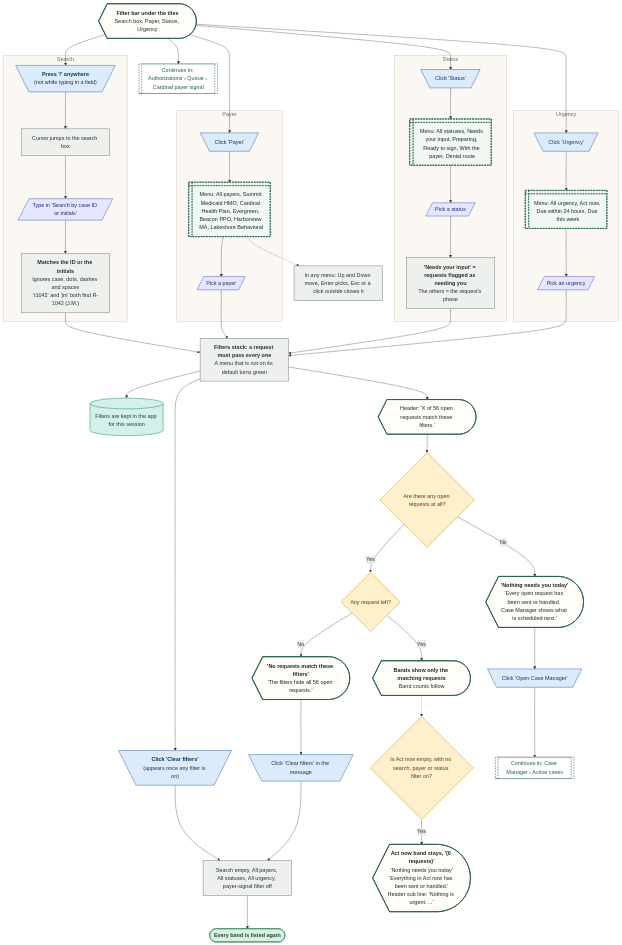
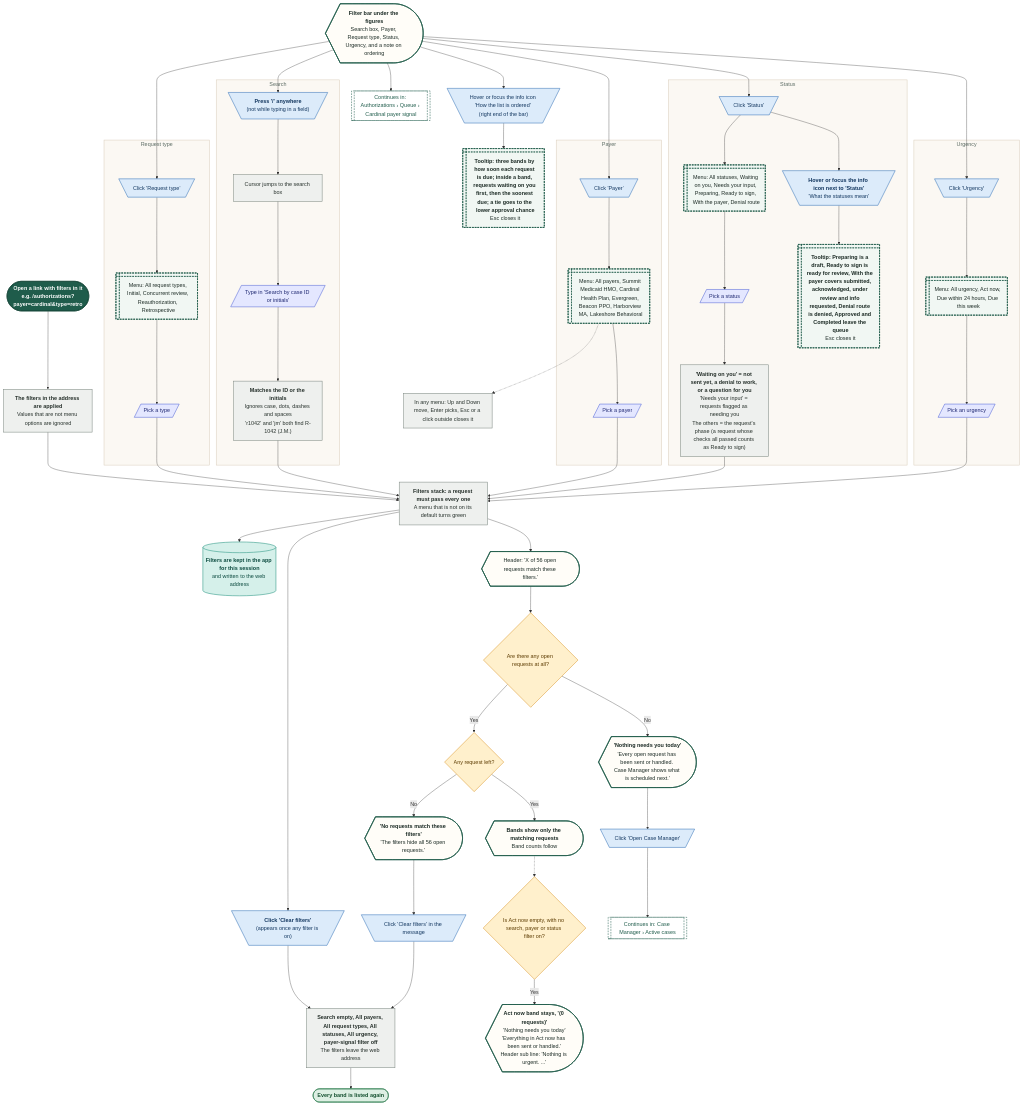
The fourth of 30 diagrams in demos/prior-auth-demo/workflows/out/md/03-authorizations.md (Shrav143/psyfloapp), drawn with Mermaid before and after one commit. The commit also changed other lines of this file and 192 other files, not shown here.

First line of the commit message:
docs: changelog by sidebar tab; README, diagrams and Settings layout aligned with the refinement; shared InfoTip; referral cost-share line

````diff
--- a/demos/prior-auth-demo/workflows/out/md/03-authorizations.md
+++ b/demos/prior-auth-demo/workflows/out/md/03-authorizations.md
@@ -279,7 +294,7 @@
   classDef k_wait fill:#E4E8EE,stroke:#6B7C93,color:#26303D,stroke-width:1.5px
   classDef k_toast fill:#FFF9DB,stroke:#C9A400,color:#5A4A00,stroke-width:1.5px
   classDef k_goto fill:#FFFFFF,stroke:#1F5C4B,color:#1F5C4B,stroke-width:1.5px,stroke-dasharray:5 3
-  fb@{ shape: curv-trap, label: "<b>Filter bar under the tiles</b><br/>Search box, Payer, Status, Urgency" }
+  fb@{ shape: curv-trap, label: "<b>Filter bar under the figures</b><br/>Search box, Payer, Request type, Status, Urgency, and a note on ordering" }
   subgraph gS ["Search"]
   sk@{ shape: trap-t, label: "<b>Press '/' anywhere</b><br/>(not while typing in a field)" }
   sf@{ shape: rect, label: "Cursor jumps to the search box" }
@@ -291,11 +306,18 @@
   p2@{ shape: win-pane, label: "Menu: All payers, Summit Medicaid HMO, Cardinal Health Plan, Evergreen, Beacon PPO, Harborview MA, Lakeshore Behavioral" }
   p3@{ shape: lean-r, label: "Pick a payer" }
   end
+  subgraph gQ ["Request type"]
+  ty1@{ shape: trap-t, label: "Click 'Request type'" }
+  ty2@{ shape: win-pane, label: "Menu: All request types, Initial, Concurrent review, Reauthorization, Retrospective" }
+  ty3@{ shape: lean-r, label: "Pick a type" }
+  end
   subgraph gT ["Status"]
   st1@{ shape: trap-t, label: "Click 'Status'" }
-  st2@{ shape: win-pane, label: "Menu: All statuses, Needs your input, Preparing, Ready to sign, With the payer, Denial route" }
+  st2@{ shape: win-pane, label: "Menu: All statuses, Waiting on you, Needs your input, Preparing, Ready to sign, With the payer, Denial route" }
   st3@{ shape: lean-r, label: "Pick a status" }
-  st4@{ shape: rect, label: "<b>'Needs your input' = requests flagged as needing you</b><br/>The others = the request's phase" }
+  st4@{ shape: rect, label: "<b>'Waiting on you' = not sent yet, a denial to work, or a question for you</b><br/>'Needs your input' = requests flagged as needing you<br/>The others = the request's phase (a request whose checks all passed counts as Ready to sign)" }
+  sh@{ shape: trap-t, label: "<b>Hover or focus the info icon next to 'Status'</b><br/>'What the statuses mean'" }
+  sh2@{ shape: win-pane, label: "<b>Tooltip: Preparing is a draft, Ready to sign is ready for review, With the payer covers submitted, acknowledged, under review and info requested, Denial route is denied, Approved and Completed leave the queue</b><br/>Esc closes it" }
   end
   subgraph gU ["Urgency"]
   u1@{ shape: trap-t, label: "Click 'Urgency'" }
@@ -303,15 +325,19 @@
   u3@{ shape: lean-r, label: "Pick an urgency" }
   end
   kb@{ shape: rect, label: "In any menu: Up and Down move, Enter picks, Esc or a click outside closes it" }
+  ot@{ shape: trap-t, label: "Hover or focus the info icon 'How the list is ordered' (right end of the bar)" }
+  ot2@{ shape: win-pane, label: "<b>Tooltip: three bands by how soon each request is due; inside a band, requests waiting on you first, then the soonest due; a tie goes to the lower approval chance</b><br/>Esc closes it" }
   ap@{ shape: rect, label: "<b>Filters stack: a request must pass every one</b><br/>A menu that is not on its default turns green" }
-  keep@{ shape: cyl, label: "Filters are kept in the app for this session" }
+  keep@{ shape: cyl, label: "<b>Filters are kept in the app for this session</b><br/>and written to the web address" }
+  dl@{ shape: stadium, label: "<b>Open a link with filters in it</b><br/>e.g. /authorizations?payer=cardinal&type=retro" }
+  dl2@{ shape: rect, label: "<b>The filters in the address are applied</b><br/>Values that are not menu options are ignored" }
   hd@{ shape: curv-trap, label: "Header: 'X of 56 open requests match these filters.'" }
   clr@{ shape: trap-t, label: "<b>Click 'Clear filters'</b><br/>(appears once any filter is on)" }
   dAny@{ shape: diam, label: "Any request left?" }
   res@{ shape: curv-trap, label: "<b>Bands show only the matching requests</b><br/>Band counts follow" }
   emp@{ shape: curv-trap, label: "<b>'No requests match these filters'</b><br/>'The filters hide all 56 open requests.'" }
   ce@{ shape: trap-t, label: "Click 'Clear filters' in the message" }
-  rs@{ shape: rect, label: "Search empty, All payers, All statuses, All urgency, payer-signal filter off" }
+  rs@{ shape: rect, label: "<b>Search empty, All payers, All request types, All statuses, All urgency, payer-signal filter off</b><br/>The filters leave the web address" }
   dOpen@{ shape: diam, label: "Are there any open requests at all?" }
   e1@{ shape: stadium, label: "Every band is listed again" }
   none@{ shape: curv-trap, label: "<b>'Nothing needs you today'</b><br/>'Every open request has been sent or handled. Case Manager shows what is scheduled next.'" }
@@ -325,6 +351,12 @@
   fb --> p1 --> p2 --> p3
   fb --> st1 --> st2 --> st3 --> st4
   fb --> u1 --> u2 --> u3
+  fb --> ty1 --> ty2 --> ty3
+  st1 --> sh
+  sh --> sh2
+  fb --> ot --> ot2
+  dl --> dl2 --> ap
+  ty3 --> ap
   p2 -.-> kb
   sm --> ap
   p3 --> ap
@@ -342,16 +374,18 @@
   rs --> e1
   fb --> gSig
   class fb,hd,res,emp,none,nowE k_screen
-  class sk,p1,st1,u1,clr,ce,ocm k_click
-  class sf,sm,st4,kb,ap,rs k_process
-  class s1,p3,st3,u3 k_input
-  class p2,st2,u2 k_overlay
+  class sk,p1,ty1,st1,sh,u1,ot,clr,ce,ocm k_click
+  class sf,sm,st4,kb,ap,dl2,rs k_process
+  class s1,p3,ty3,st3,u3 k_input
+  class p2,ty2,st2,sh2,u2,ot2 k_overlay
   class keep k_store
+  class dl k_start
   class dAny,dOpen,dNow k_decision
   class e1 k_end
   class gCM,gSig k_goto
   style gS fill:#FBF8F3,stroke:#D9CDBB,stroke-width:1.5px,color:#5B6B63
   style gP fill:#FBF8F3,stroke:#D9CDBB,stroke-width:1.5px,color:#5B6B63
+  style gQ fill:#FBF8F3,stroke:#D9CDBB,stroke-width:1.5px,color:#5B6B63
   style gT fill:#FBF8F3,stroke:#D9CDBB,stroke-width:1.5px,color:#5B6B63
   style gU fill:#FBF8F3,stroke:#D9CDBB,stroke-width:1.5px,color:#5B6B63
 ```
````
